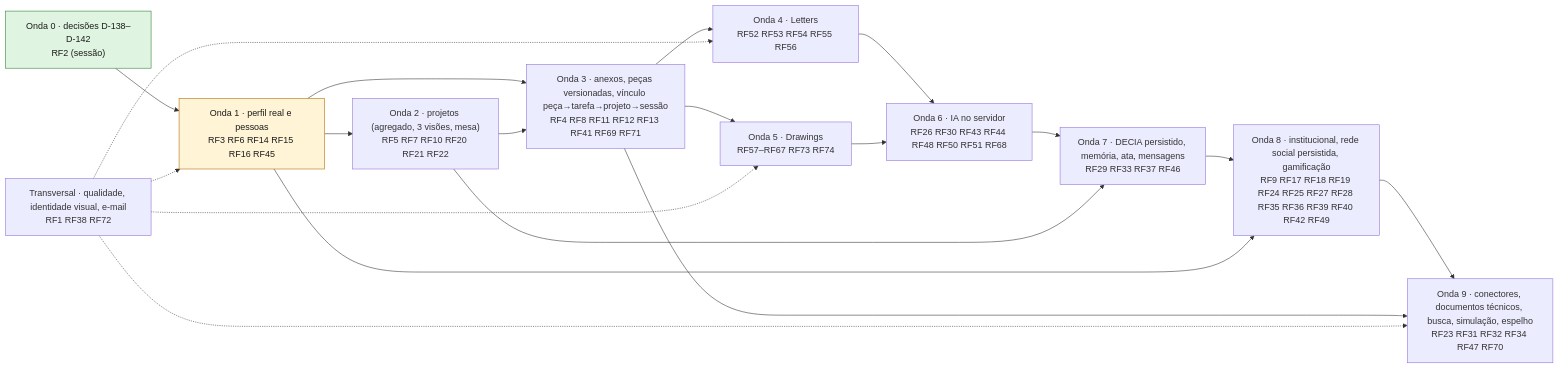
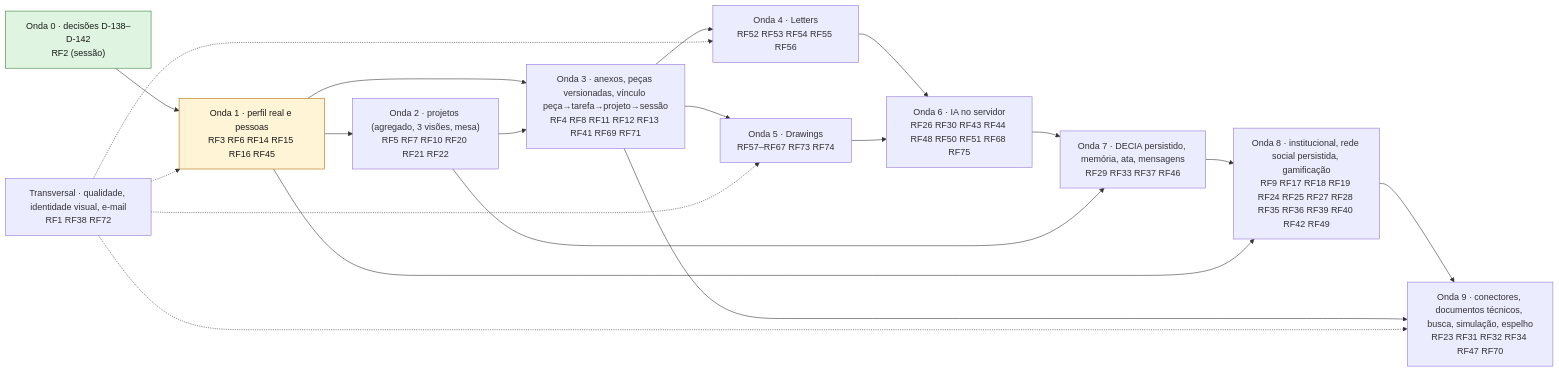
Before and after one commit to MatheusHaliski/Decia-app-2026: the first of 2 diagrams in docs/auditoria/2026-10-17/PLANO_ONDAS.md, drawn with Mermaid. The commit also changed other lines of this file and 13 other files, not shown here.

````diff
--- a/docs/auditoria/2026-10-17/PLANO_ONDAS.md
+++ b/docs/auditoria/2026-10-17/PLANO_ONDAS.md
@@ -11,23 +11,23 @@
 ```mermaid
 flowchart LR
   O0["Onda 0 · decisões D-138–D-142\nRF2 (sessão)"] --> O1
   O1["Onda 1 · perfil real e pessoas\nRF3 RF6 RF14 RF15 RF16 RF45"] --> O2
   O1 --> O3
   O2["Onda 2 · projetos (agregado, 3 visões, mesa)\nRF5 RF7 RF10 RF20 RF21 RF22"] --> O3
   O3["Onda 3 · anexos, peças versionadas, vínculo peça→tarefa→projeto→sessão\nRF4 RF8 RF11 RF12 RF13 RF41 RF69 RF71"] --> O4
   O3 --> O5
   O4["Onda 4 · Letters\nRF52 RF53 RF54 RF55 RF56"] --> O6
   O5["Onda 5 · Drawings\nRF57–RF67 RF73 RF74"] --> O6
-  O6["Onda 6 · IA no servidor\nRF26 RF30 RF43 RF44 RF48 RF50 RF51 RF68"] --> O7
+  O6["Onda 6 · IA no servidor\nRF26 RF30 RF43 RF44 RF48 RF50 RF51 RF68 RF75"] --> O7
   O2 --> O7
   O7["Onda 7 · DECIA persistido, memória, ata, mensagens\nRF29 RF33 RF37 RF46"] --> O8
   O1 --> O8
   O8["Onda 8 · institucional, rede social persistida, gamificação\nRF9 RF17 RF18 RF19 RF24 RF25 RF27 RF28 RF35 RF36 RF39 RF40 RF42 RF49"] --> O9
   O3 --> O9
   O9["Onda 9 · conectores, documentos técnicos, busca, simulação, espelho\nRF23 RF31 RF32 RF34 RF47 RF70"]
   T["Transversal · qualidade, identidade visual, e-mail\nRF1 RF38 RF72"] -.-> O1 & O4 & O5 & O9
   classDef feita fill:#dff5e1,stroke:#2e7d32,color:#1b1b1b
   classDef curso fill:#fff4d6,stroke:#b26a00,color:#1b1b1b
   class O0 feita
   class O1 curso
 ```
````
